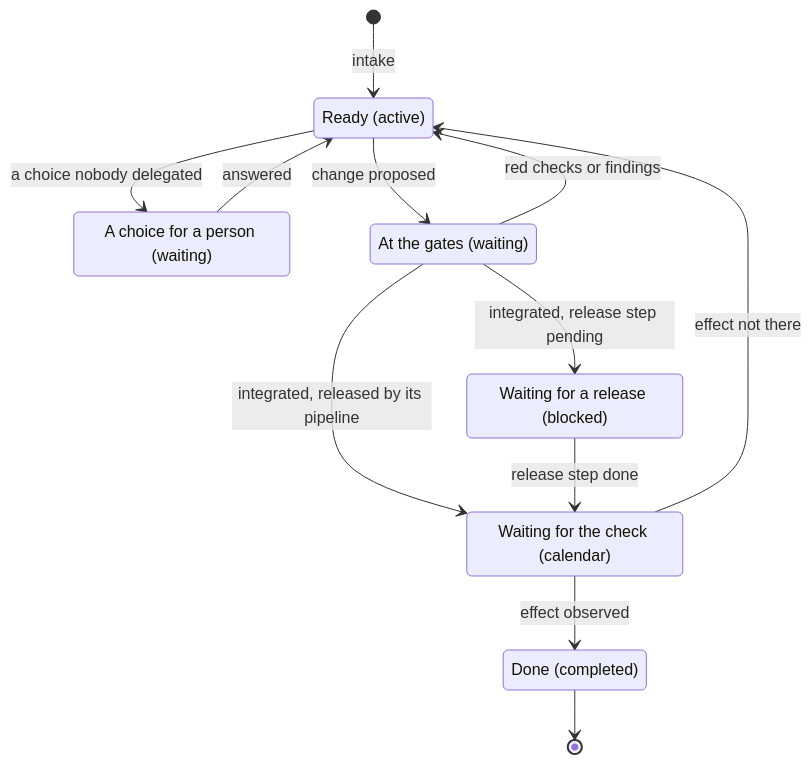
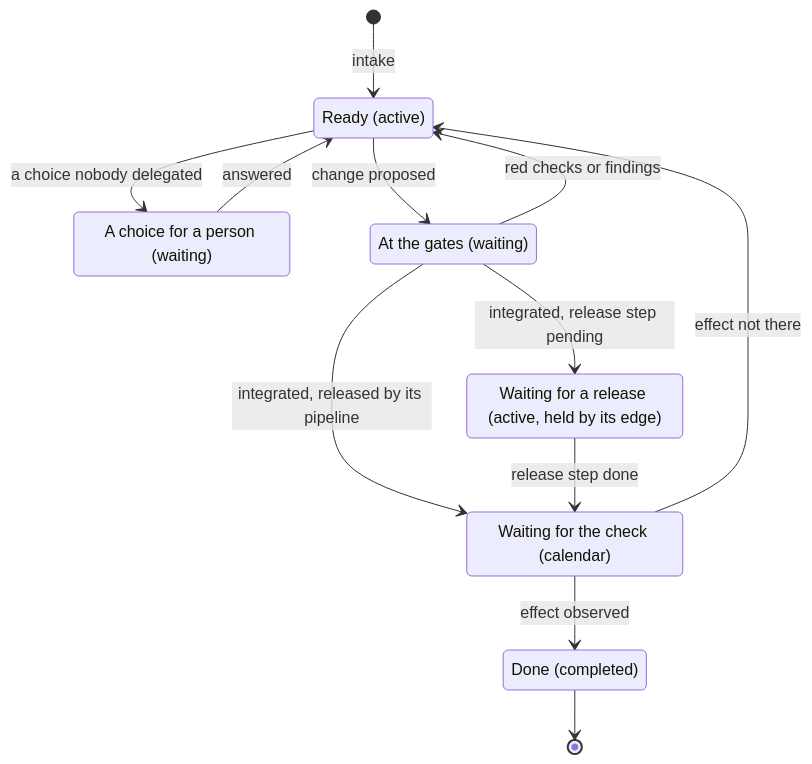
The first of 2 diagrams in docs/website/docs/engineering/workflow/overview.md (ttoss/ttoss), drawn with Mermaid before and after one commit. The commit also changed 1 other file, not shown here.

Commit message:
docs(workflow): hold a release by its edge, not the blocked status (#1438)
"Waiting for a release" is now `active`, held by the release task's
`blocks` edge (readiness `blocked:dependency`), because Flow removes the
`blocked` status: a hold an edge already states is computed, never
asserted a second time. The release-step transition says why the tick
still moves the integrated task once the edge stops holding it.

Flow task: https://flow.ttoss.dev/app/tasks/task_0y8p4s0035
Decision: https://flow.ttoss.dev/app/tasks/task_8j6nmpz53k

Claude-Session: https://claude.ai/code/session_01Jg91UFshL2qRcC5tHeJayP

````diff
--- a/docs/website/docs/engineering/workflow/overview.md
+++ b/docs/website/docs/engineering/workflow/overview.md
@@ -15,20 +15,20 @@
 ```mermaid
 stateDiagram-v2
     state "Ready (active)" as Ready
     state "A choice for a person (waiting)" as Person
     state "At the gates (waiting)" as Gates
-    state "Waiting for a release (blocked)" as Release
+    state "Waiting for a release (active, held by its edge)" as Release
     state "Waiting for the check (calendar)" as Check
     state "Done (completed)" as Done
     [*] --> Ready: intake
     Ready --> Person: a choice nobody delegated
     Person --> Ready: answered
     Ready --> Gates: change proposed
     Gates --> Ready: red checks or findings
     Gates --> Release: integrated, release step pending
     Gates --> Check: integrated, released by its pipeline
     Release --> Check: release step done
     Check --> Done: effect observed
     Check --> Ready: effect not there
     Done --> [*]
 ```
````
